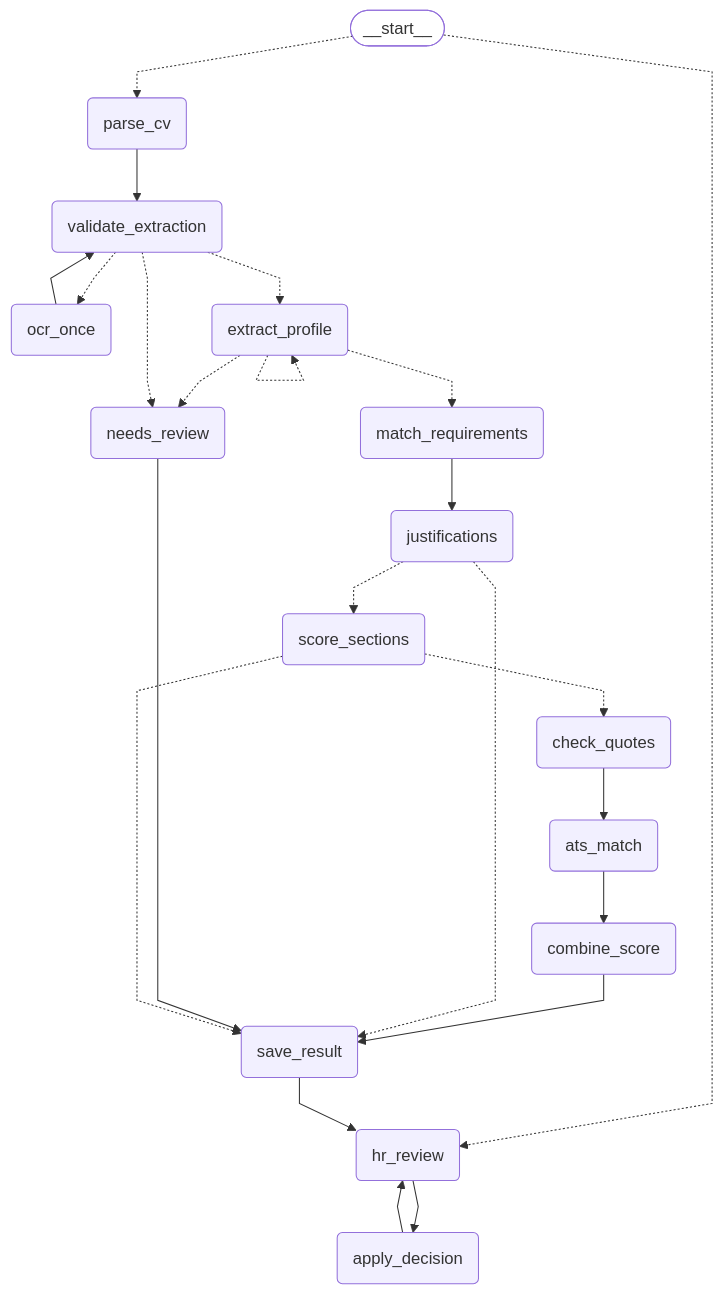
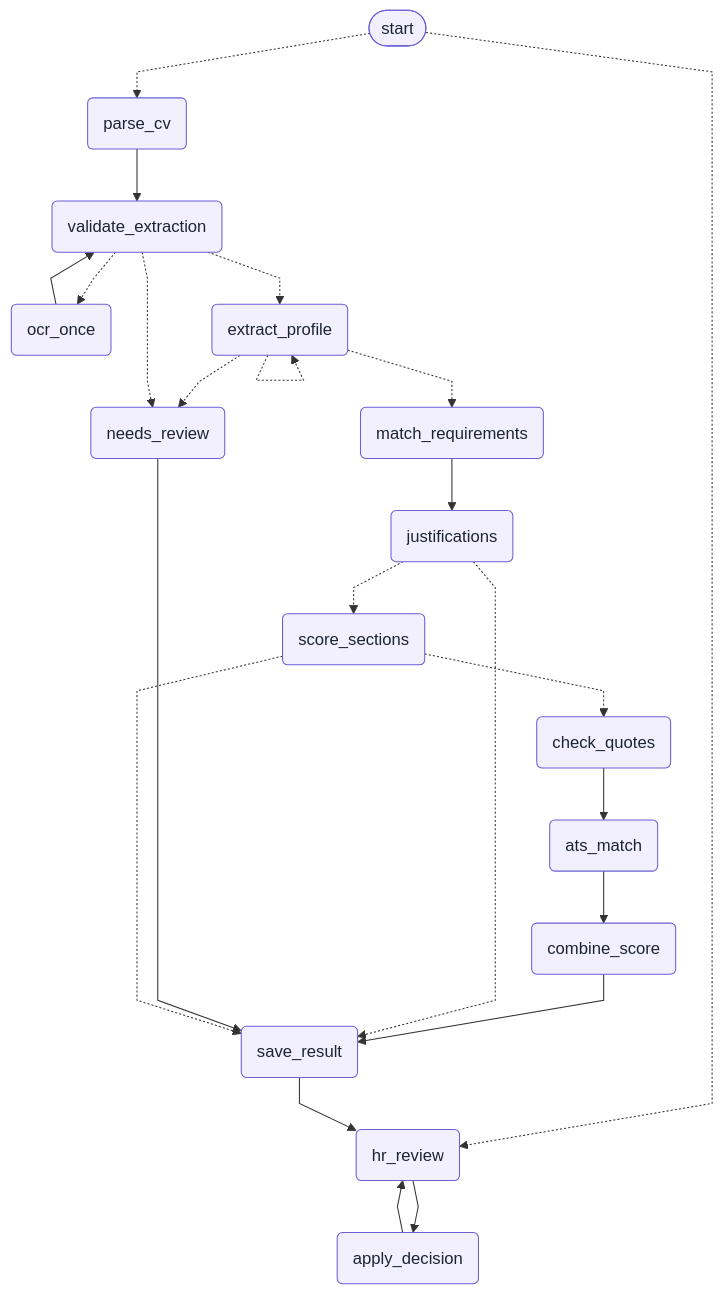
One commit to AKSShan10/LumenAi changed the third of 7 diagrams in docs/architecture/LumenAI_Workflows_From_Code.md. Above: the diagram before and after it, drawn with Mermaid. The commit also changed other lines of this file and 18 other files, not shown here.

````diff
--- a/docs/architecture/LumenAI_Workflows_From_Code.md
+++ b/docs/architecture/LumenAI_Workflows_From_Code.md
@@ -75,48 +75,48 @@
 ```mermaid
 ---
 config:
   flowchart:
     curve: linear
 ---
 graph TD;
-	__start__([<p>__start__</p>]):::first
+	__start__([start]):::first
 	parse_cv(parse_cv)
 	validate_extraction(validate_extraction)
 	ocr_once(ocr_once)
 	needs_review(needs_review)
 	extract_profile(extract_profile)
 	match_requirements(match_requirements)
 	justifications(justifications)
 	score_sections(score_sections)
 	check_quotes(check_quotes)
 	ats_match(ats_match)
 	combine_score(combine_score)
 	save_result(save_result)
 	hr_review(hr_review)
 	apply_decision(apply_decision)
 	__start__ -.-> hr_review;
 	__start__ -.-> parse_cv;
 	apply_decision --> hr_review;
 	ats_match --> combine_score;
 	check_quotes --> ats_match;
 	combine_score --> save_result;
 	extract_profile -.-> match_requirements;
 	extract_profile -.-> needs_review;
 	hr_review --> apply_decision;
 	justifications -.-> save_result;
 	justifications -.-> score_sections;
 	match_requirements --> justifications;
 	needs_review --> save_result;
 	ocr_once --> validate_extraction;
 	parse_cv --> validate_extraction;
 	save_result --> hr_review;
 	score_sections -.-> check_quotes;
 	score_sections -.-> save_result;
 	validate_extraction -.-> extract_profile;
 	validate_extraction -.-> needs_review;
 	validate_extraction -.-> ocr_once;
 	extract_profile -.-> extract_profile;
-	classDef default fill:#f2f0ff,line-height:1.2
-	classDef first fill-opacity:0
-	classDef last fill:#bfb6fc
+	classDef default fill:#f2f0ff,stroke:#6b5fd6,color:#1c2434,line-height:1.2
+	classDef first fill:#f2f0ff,stroke:#6b5fd6,color:#1c2434
+	classDef last fill:#bfb6fc,stroke:#6b5fd6,color:#1c2434
 ```
````
